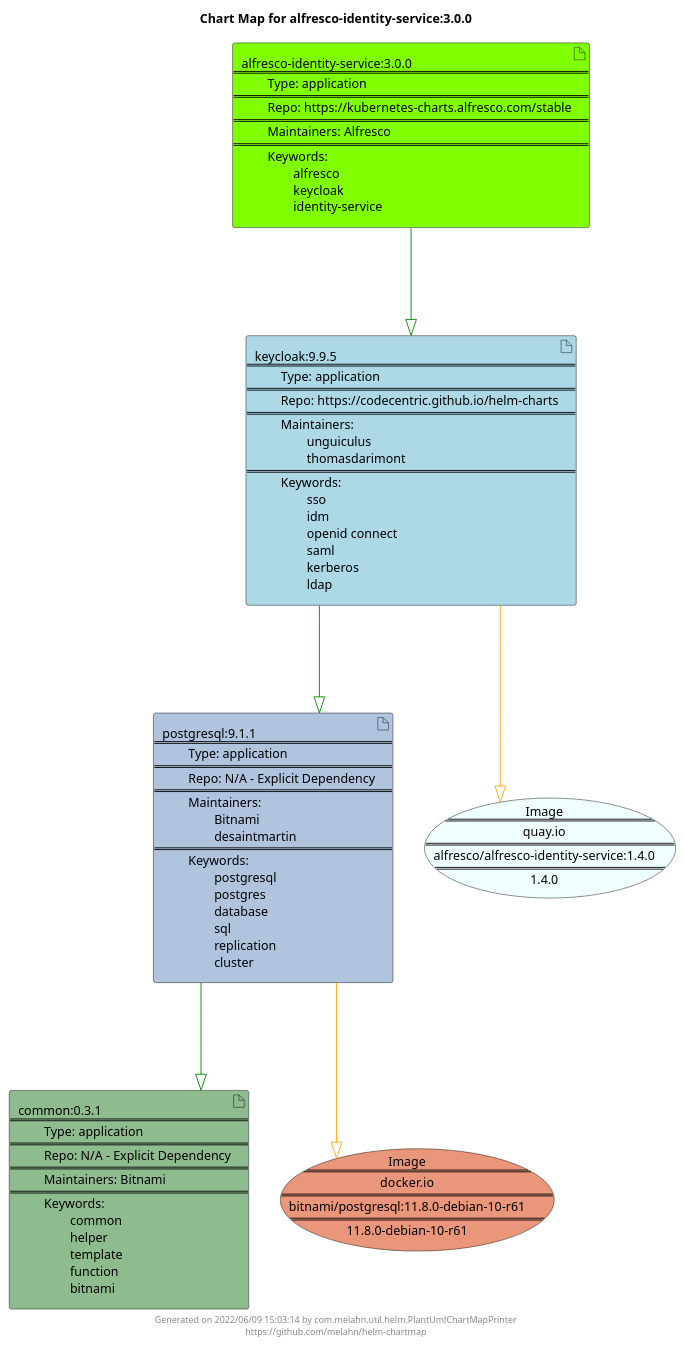
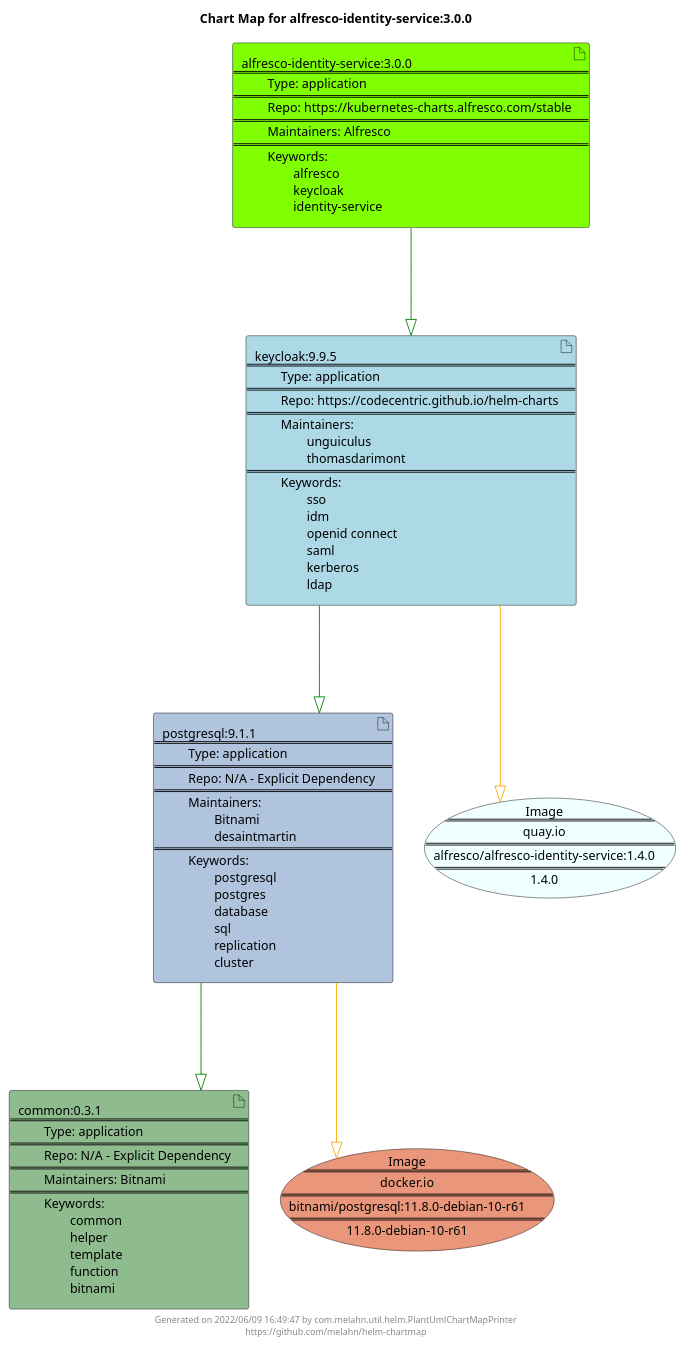
One commit to melahn/helm-chartmap changed the diagram in docs/alfresco-identity-service/alfresco-identity-service-3.0.0.puml. Above: the diagram before and after it, drawn with PlantUML. The commit also changed 59 other files, not shown here.

Commit message:
Update Example Chart Maps as part of GitHub build

```diff
--- a/docs/alfresco-identity-service/alfresco-identity-service-3.0.0.puml
+++ b/docs/alfresco-identity-service/alfresco-identity-service-3.0.0.puml
@@ -1,29 +1,29 @@
 @startuml
 skinparam linetype ortho
 skinparam backgroundColor white
 skinparam usecaseBorderColor black
 skinparam usecaseArrowColor LightSlateGray
 skinparam artifactBorderColor black
 skinparam artifactArrowColor LightSlateGray
 
 title Chart Map for alfresco-identity-service:3.0.0
 
 'There are 4 referenced Helm Charts
 artifact "postgresql:9.1.1\n====\n\tType: application\n====\n\tRepo: N/A - Explicit Dependency\n====\n\tMaintainers: \n\t\tBitnami\n\t\tdesaintmartin\n====\n\tKeywords: \n\t\tpostgresql\n\t\tpostgres\n\t\tdatabase\n\t\tsql\n\t\treplication\n\t\tcluster" as postgresql_9_1_1 #LightSteelBlue
 artifact "alfresco-identity-service:3.0.0\n====\n\tType: application\n====\n\tRepo: https://kubernetes-charts.alfresco.com/stable\n====\n\tMaintainers: Alfresco\n====\n\tKeywords: \n\t\talfresco\n\t\tkeycloak\n\t\tidentity-service" as alfresco_identity_service_3_0_0 #Chartreuse
 artifact "keycloak:9.9.5\n====\n\tType: application\n====\n\tRepo: https://codecentric.github.io/helm-charts\n====\n\tMaintainers: \n\t\tunguiculus\n\t\tthomasdarimont\n====\n\tKeywords: \n\t\tsso\n\t\tidm\n\t\topenid connect\n\t\tsaml\n\t\tkerberos\n\t\tldap" as keycloak_9_9_5 #LightBlue
 artifact "common:0.3.1\n====\n\tType: application\n====\n\tRepo: N/A - Explicit Dependency\n====\n\tMaintainers: Bitnami\n====\n\tKeywords: \n\t\tcommon\n\t\thelper\n\t\ttemplate\n\t\tfunction\n\t\tbitnami" as common_0_3_1 #DarkSeaGreen
 
 'There are 2 referenced Docker Images
 usecase "Image\n====\ndocker.io\n====\nbitnami/postgresql:11.8.0-debian-10-r61\n====\n11.8.0-debian-10-r61" as docker_io_bitnami_postgresql_11_8_0_debian_10_r61 #DarkSalmon
 usecase "Image\n====\nquay.io\n====\nalfresco/alfresco-identity-service:1.4.0\n====\n1.4.0" as quay_io_alfresco_alfresco_identity_service_1_4_0 #Azure
 
 'Chart Dependencies
 alfresco_identity_service_3_0_0--[#green]-|>keycloak_9_9_5
 keycloak_9_9_5--[#green]-|>postgresql_9_1_1
 postgresql_9_1_1--[#green]-|>common_0_3_1
 postgresql_9_1_1--[#orange]-|>docker_io_bitnami_postgresql_11_8_0_debian_10_r61
 keycloak_9_9_5--[#orange]-|>quay_io_alfresco_alfresco_identity_service_1_4_0
 
-center footer Generated on 2022/06/09 15:03:14 by com.melahn.util.helm.PlantUmlChartMapPrinter\nhttps://github.com/melahn/helm-chartmap
+center footer Generated on 2022/06/09 16:49:47 by com.melahn.util.helm.PlantUmlChartMapPrinter\nhttps://github.com/melahn/helm-chartmap
 @enduml
```
